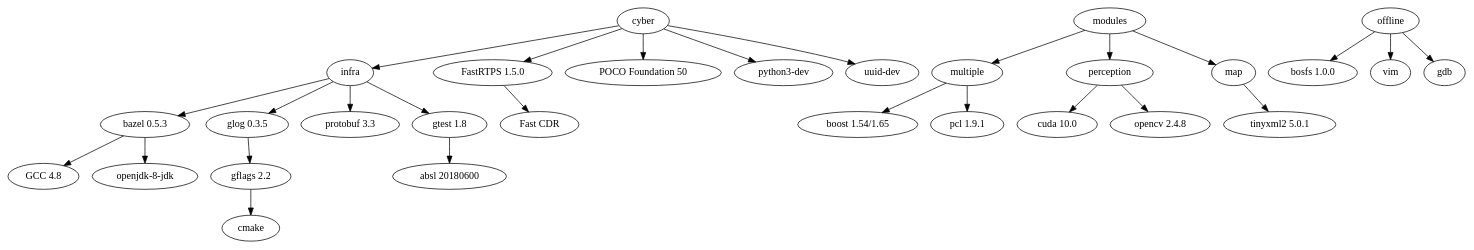
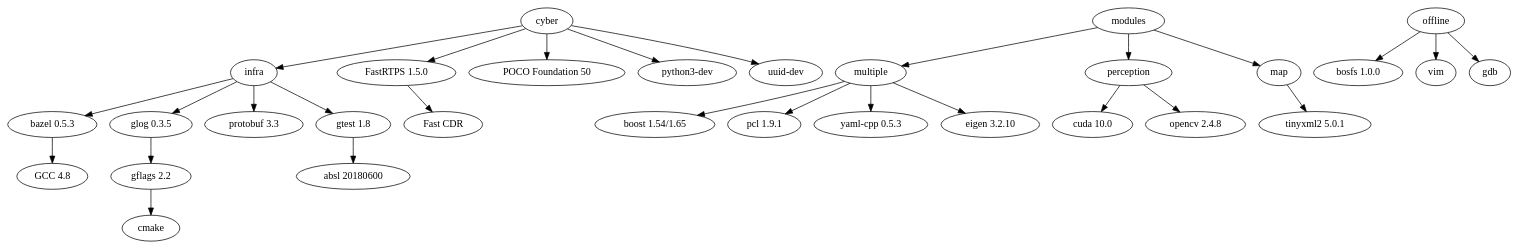
One commit to JokerWhy233/apollo changed the diagram in docker/build/dependencies.dot. Above: the diagram before and after it, drawn with Graphviz. The commit also changed 24 other files, not shown here.

```diff
--- a/docker/build/dependencies.dot
+++ b/docker/build/dependencies.dot
@@ -1,26 +1,27 @@
 digraph {
   "infra" -> "bazel 0.5.3";
   "bazel 0.5.3" -> "GCC 4.8";
-  "bazel 0.5.3" -> "openjdk-8-jdk";
   "infra" -> "glog 0.3.5" -> "gflags 2.2" -> "cmake";
   "infra" -> "protobuf 3.3";
   "infra" -> "gtest 1.8" -> "absl 20180600";
 
   "cyber" -> "infra";
   "cyber" -> "FastRTPS 1.5.0" -> "Fast CDR";
   "cyber" -> "POCO Foundation 50";
   "cyber" -> "python3-dev";
   "cyber" -> "uuid-dev";
 
   "modules" -> "multiple" -> "boost 1.54/1.65";
   "multiple" -> "pcl 1.9.1";
+  "multiple" -> "yaml-cpp 0.5.3";
+  "multiple" -> "eigen 3.2.10";
 
   "modules" -> "perception" -> "cuda 10.0";
   "perception" -> "opencv 2.4.8";
 
   "modules" -> "map" -> "tinyxml2 5.0.1";
 
   "offline" -> "bosfs 1.0.0";
   "offline" -> "vim";
   "offline" -> "gdb";
 }
```
